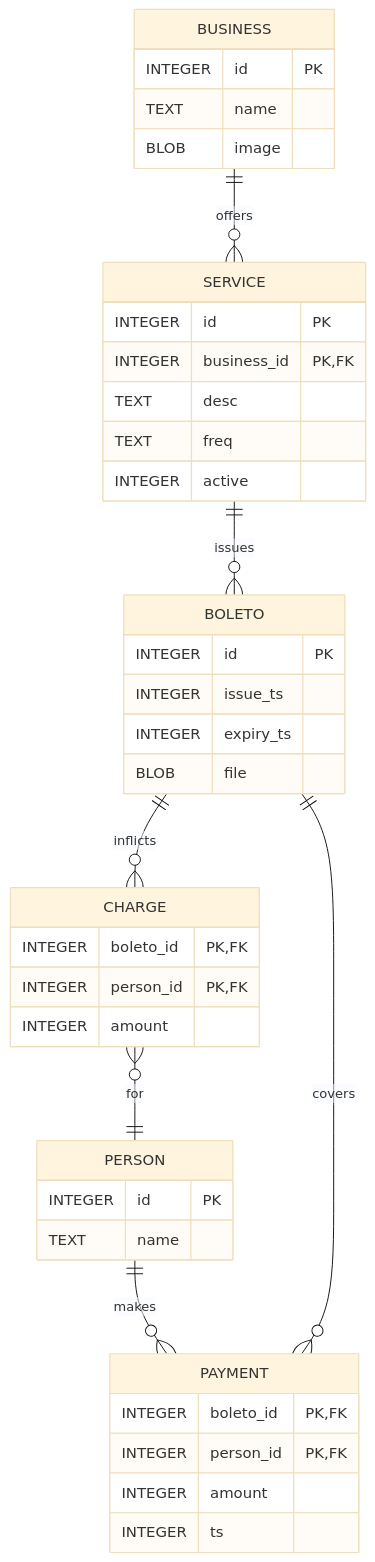
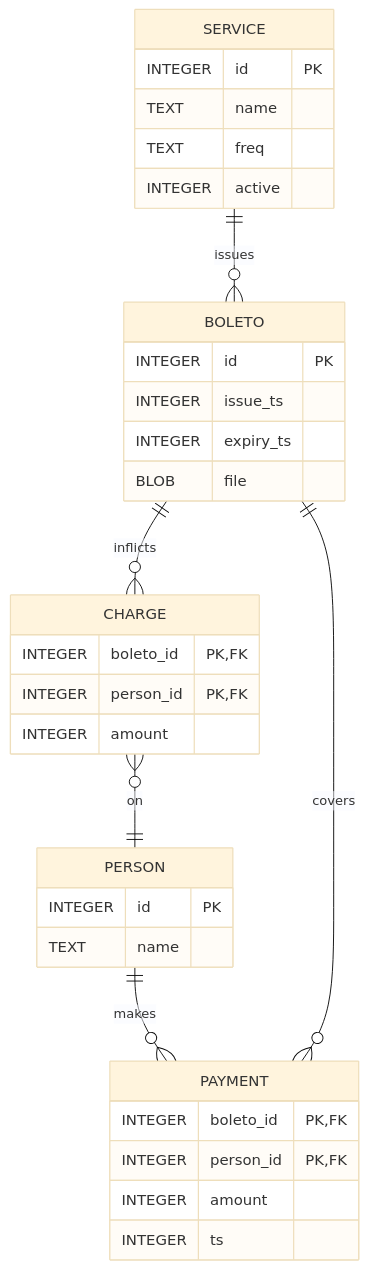
The diagram in README.md (guidanoli/boletos-flask), drawn with Mermaid (base theme) before and after one commit.

Commit message:
feat: simplify ER model

````diff
--- a/README.md
+++ b/README.md
@@ -22,49 +22,41 @@
 ```mermaid
 erDiagram
 
-    BUSINESS {
+    SERVICE {
         INTEGER id PK
         TEXT name
-        BLOB image
-    }
-    
-    SERVICE {
-        INTEGER id PK
-        INTEGER business_id PK, FK
-        TEXT desc
         TEXT freq
         INTEGER active
     }
     
     BOLETO {
         INTEGER id PK
         INTEGER issue_ts
         INTEGER expiry_ts
         BLOB file
     }
 
     PERSON {
         INTEGER id PK
         TEXT name
     }
 
     CHARGE {
         INTEGER boleto_id PK, FK
         INTEGER person_id PK, FK
         INTEGER amount
     }
 
     PAYMENT {
         INTEGER boleto_id PK, FK
         INTEGER person_id PK, FK
         INTEGER amount
         INTEGER ts
     }
 
-    BUSINESS ||--o{ SERVICE : offers
     SERVICE ||--o{ BOLETO : issues
     BOLETO ||--o{ CHARGE : inflicts
-    CHARGE }o--|| PERSON : for
+    CHARGE }o--|| PERSON : on
     PERSON ||--o{ PAYMENT : makes
     PAYMENT }o--|| BOLETO : covers
 ```
````
